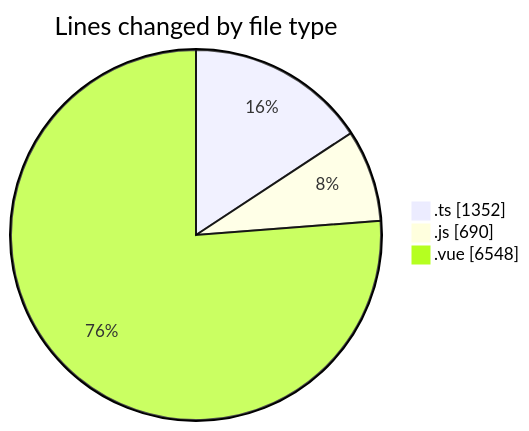
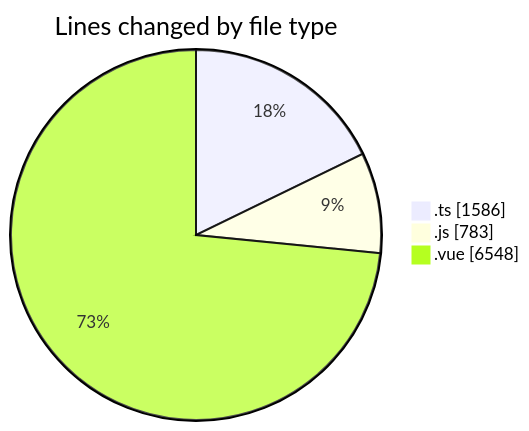
One commit to lephambinh05/code-tracking changed the first of 2 diagrams in 2025-08-16/rentotp/README.md. Above: the diagram before and after it, drawn with Mermaid. The commit also changed other lines of this file and 1 other file, not shown here.

````diff
--- a/2025-08-16/rentotp/README.md
+++ b/2025-08-16/rentotp/README.md
@@ -38,7 +42,7 @@
 ```mermaid
 pie showData
 title Lines changed by file type
-".ts" : 1352
-".js" : 690
+".ts" : 1586
+".js" : 783
 ".vue" : 6548
 ```
````
